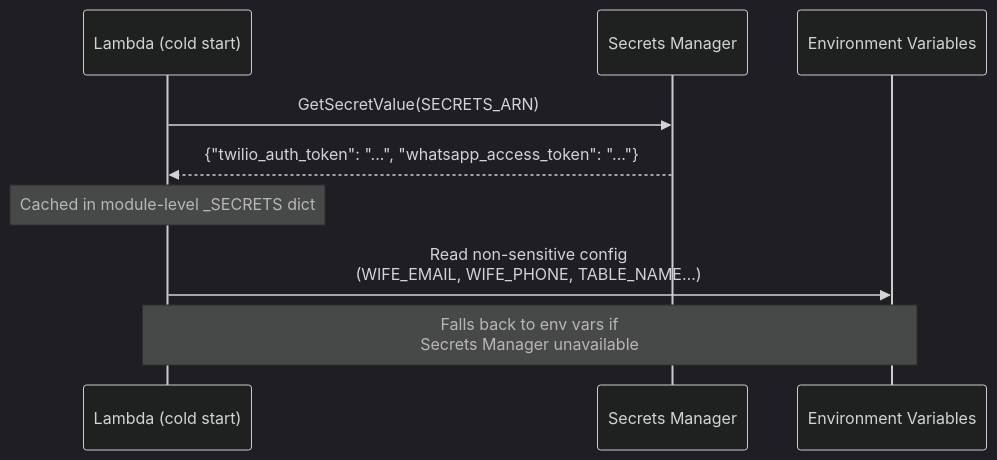
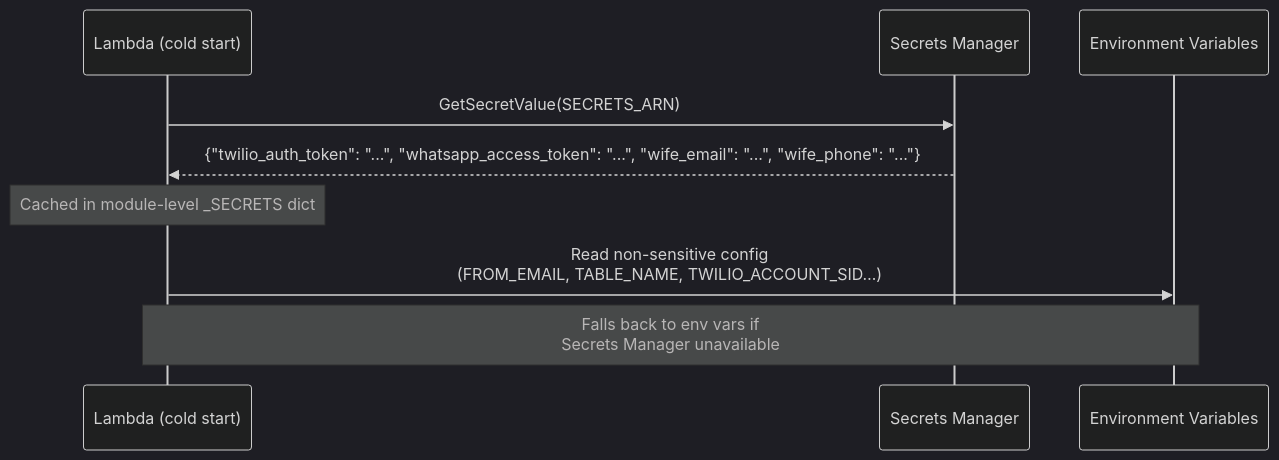
The seventh of 10 diagrams in docs/architecture.md (baldrickuk/washingmachine-notifications), drawn with Mermaid before and after one commit. The commit also changed other lines of this file and 3 other files, not shown here.

First line of the commit message:
Move wife_email and wife_phone to Secrets Manager — resolve finding #4

````diff
--- a/docs/architecture.md
+++ b/docs/architecture.md
@@ -284,15 +284,15 @@
 ```mermaid
 %%{init: {'theme': 'dark', 'themeVariables': {'primaryColor': '#1e3a5f', 'primaryTextColor': '#c9d1d9', 'primaryBorderColor': '#4a7ab5', 'lineColor': '#58a6ff', 'edgeLabelBackground': '#0d1117'}}}%%
 
 sequenceDiagram
     participant L  as Lambda (cold start)
     participant SM as Secrets Manager
     participant ENV as Environment Variables
 
     L->>SM: GetSecretValue(SECRETS_ARN)
-    SM-->>L: {"twilio_auth_token": "...", "whatsapp_access_token": "..."}
+    SM-->>L: {"twilio_auth_token": "...", "whatsapp_access_token": "...", "wife_email": "...", "wife_phone": "..."}
     Note over L: Cached in module-level _SECRETS dict
 
-    L->>ENV: Read non-sensitive config<br/>(WIFE_EMAIL, WIFE_PHONE, TABLE_NAME…)
+    L->>ENV: Read non-sensitive config<br/>(FROM_EMAIL, TABLE_NAME, TWILIO_ACCOUNT_SID…)
     Note over L,ENV: Falls back to env vars if<br/>Secrets Manager unavailable
 ```
````
